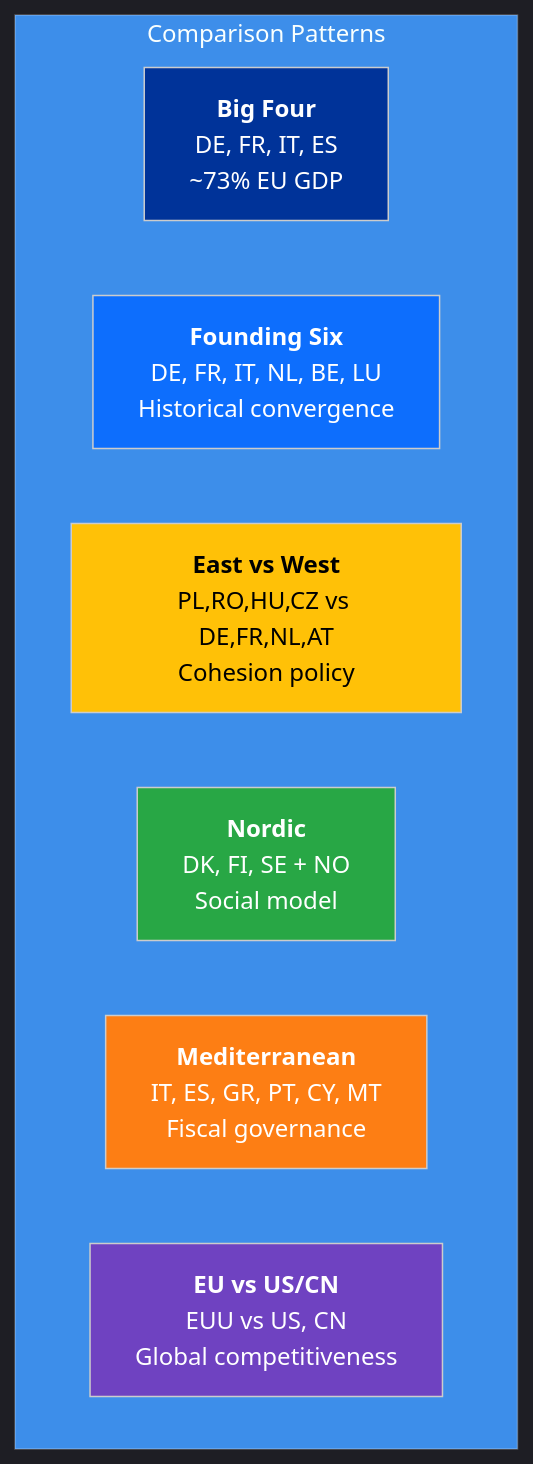
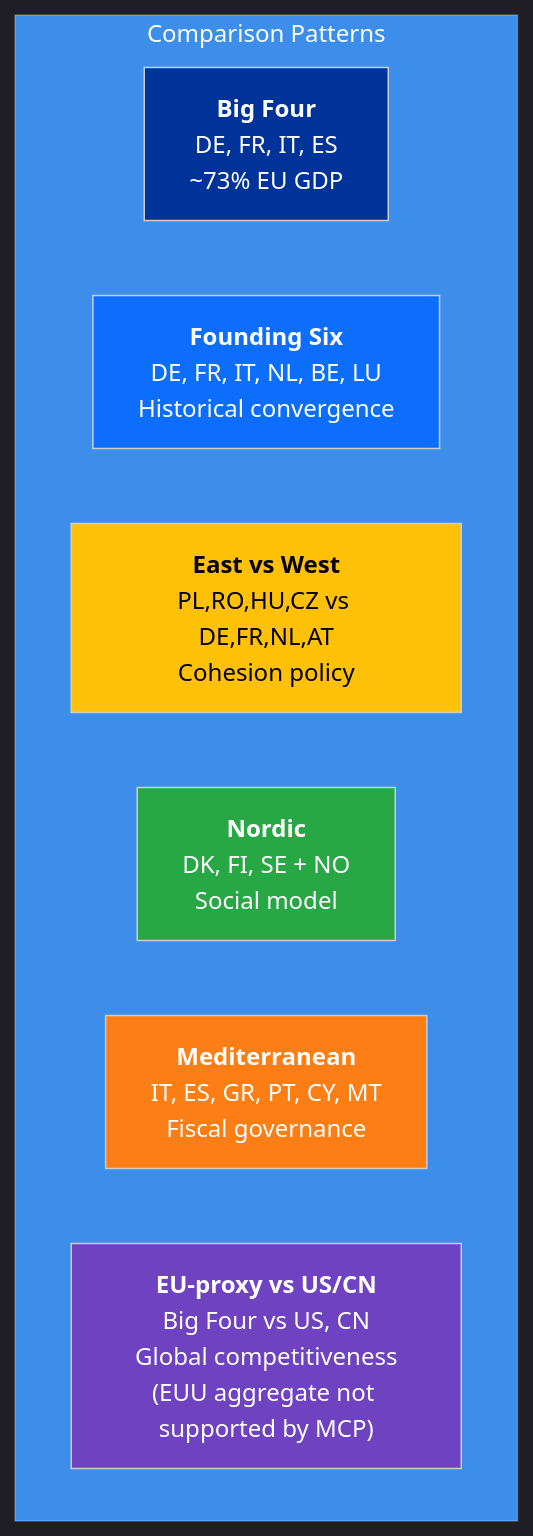
One commit to Hack23/euparliamentmonitor changed the second of 2 diagrams in analysis/worldbank/eu-country-mapping.md. Above: the diagram before and after it, drawn with Mermaid. The commit also changed other lines of this file and 9 other files, not shown here.

````diff
--- a/analysis/worldbank/eu-country-mapping.md
+++ b/analysis/worldbank/eu-country-mapping.md
@@ -171,19 +221,19 @@
 ```mermaid
 %%{init: {"theme":"dark","themeVariables":{"primaryColor":"#1565C0","primaryTextColor":"#ffffff","primaryBorderColor":"#0A3F7F","lineColor":"#90CAF9","secondaryColor":"#2E7D32","secondaryTextColor":"#ffffff","secondaryBorderColor":"#0F3F00","tertiaryColor":"#FF9800","tertiaryTextColor":"#000000","tertiaryBorderColor":"#7F4F00","mainBkg":"#1565C0","secondBkg":"#2E7D32","tertiaryBkg":"#FF9800","noteBkgColor":"#FFC107","noteTextColor":"#000000","noteBorderColor":"#7F6000","errorBkgColor":"#D32F2F","errorTextColor":"#ffffff","fontFamily":"Inter, Helvetica, Arial, sans-serif","pie1":"#1565C0","pie2":"#2E7D32","pie3":"#FF9800","pie4":"#D32F2F","pie5":"#FFC107","pie6":"#7B1FA2","pie7":"#9E9E9E","pie8":"#0288D1","pie9":"#388E3C","pie10":"#F57C00","pie11":"#C62828","pie12":"#FBC02D","pieTitleTextSize":"18px","pieSectionTextSize":"14px","pieLegendTextSize":"13px","pieStrokeColor":"#1e1e1e","pieOuterStrokeColor":"#1e1e1e","git0":"#1565C0","git1":"#2E7D32","git2":"#FF9800","git3":"#D32F2F","gitBranchLabel0":"#ffffff","gitBranchLabel1":"#ffffff","gitBranchLabel2":"#000000","gitBranchLabel3":"#ffffff","cScale0":"#1565C0","cScale1":"#2E7D32","cScale2":"#FF9800","cScale3":"#D32F2F","cScale4":"#FFC107","cScale5":"#7B1FA2","cScale6":"#9E9E9E","cScale7":"#0288D1","xyChart":{"backgroundColor":"#1e1e1e","plotColorPalette":"#1565C0,#2E7D32,#FF9800,#D32F2F,#FFC107,#7B1FA2,#9E9E9E"}}}}%%
 graph TD
     subgraph "Comparison Patterns"
         B4["<b>Big Four</b><br/>DE, FR, IT, ES<br/>~73% EU GDP"]
         F6["<b>Founding Six</b><br/>DE, FR, IT, NL, BE, LU<br/>Historical convergence"]
         EW["<b>East vs West</b><br/>PL,RO,HU,CZ vs DE,FR,NL,AT<br/>Cohesion policy"]
         NOR["<b>Nordic</b><br/>DK, FI, SE + NO<br/>Social model"]
         MED["<b>Mediterranean</b><br/>IT, ES, GR, PT, CY, MT<br/>Fiscal governance"]
-        EUUS["<b>EU vs US/CN</b><br/>EUU vs US, CN<br/>Global competitiveness"]
+        EUUS["<b>EU-proxy vs US/CN</b><br/>Big Four vs US, CN<br/>Global competitiveness<br/>(EUU aggregate not supported by MCP)"]
     end
 
     style B4 fill:#003399,color:#fff
     style F6 fill:#0d6efd,color:#fff
     style EW fill:#ffc107,color:#000
     style NOR fill:#28a745,color:#fff
     style MED fill:#fd7e14,color:#fff
     style EUUS fill:#6f42c1,color:#fff
 ```
````
